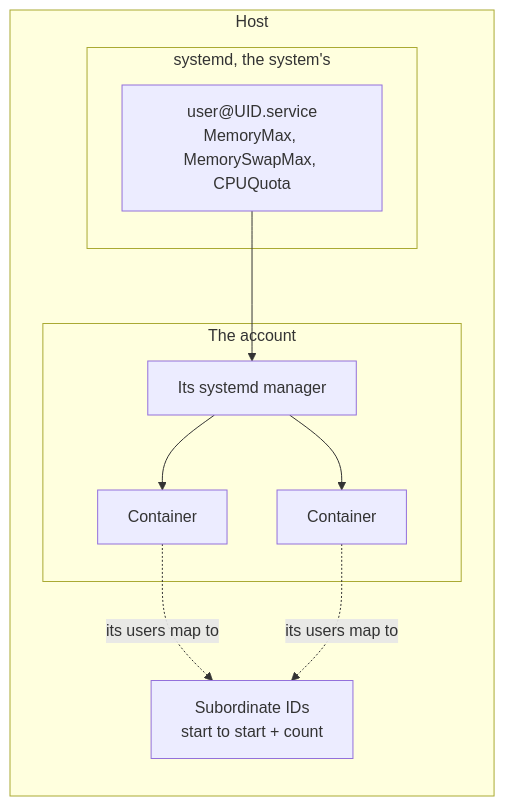
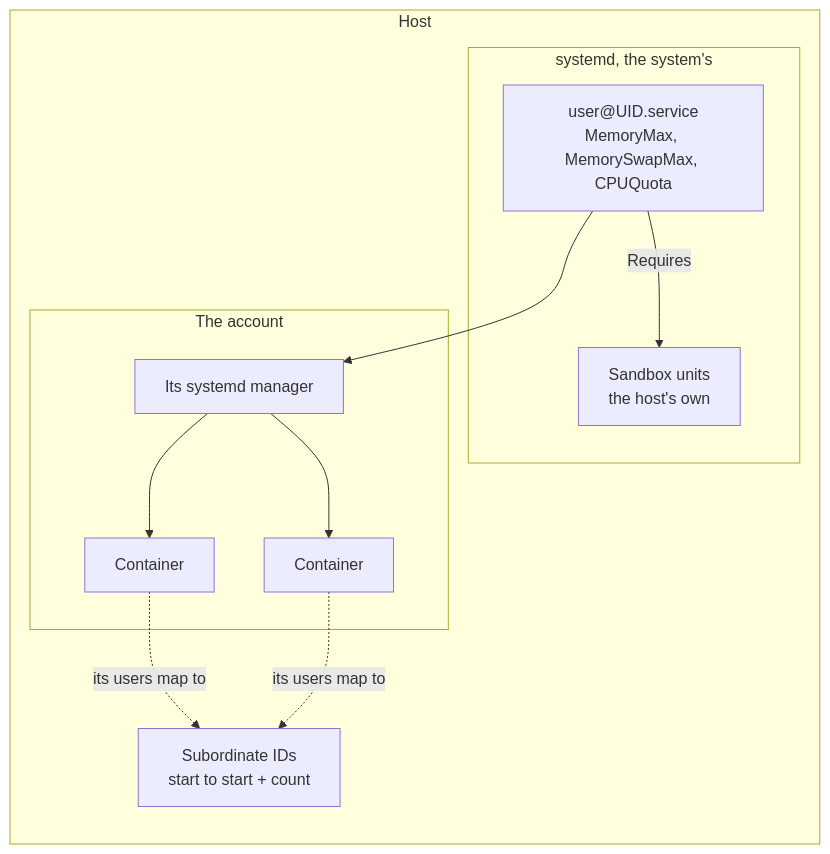
One commit to Joonalai/ansible-hostkit changed the second of 2 diagrams in docs/rootless_account.md. Above: the diagram before and after it, drawn with Mermaid. The commit also changed other lines of this file and 5 other files, not shown here.

````diff
--- a/docs/rootless_account.md
+++ b/docs/rootless_account.md
@@ -33,19 +40,21 @@
 ```mermaid
 flowchart LR
     subgraph Host
         subgraph Sys["systemd, the system's"]
             UM["user@UID.service<br/>MemoryMax, MemorySwapMax, CPUQuota"]
+            SB[Sandbox units<br/>the host's own]
         end
         subgraph Acc["The account"]
             MG[Its systemd manager]
             C1[Container]
             C2[Container]
         end
         IDS[Subordinate IDs<br/>start to start + count]
     end
     UM --> MG
+    UM -->|Requires| SB
     MG --> C1
     MG --> C2
     C1 -.->|its users map to| IDS
     C2 -.->|its users map to| IDS
 ```
````
